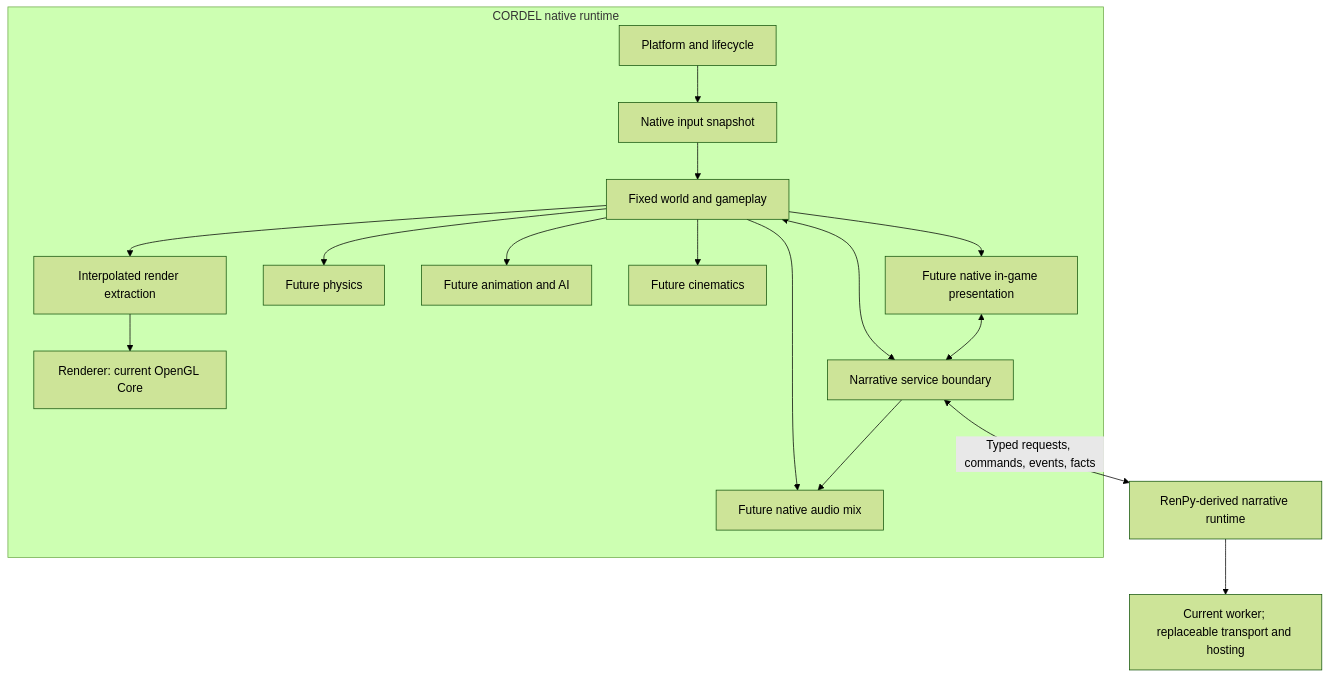
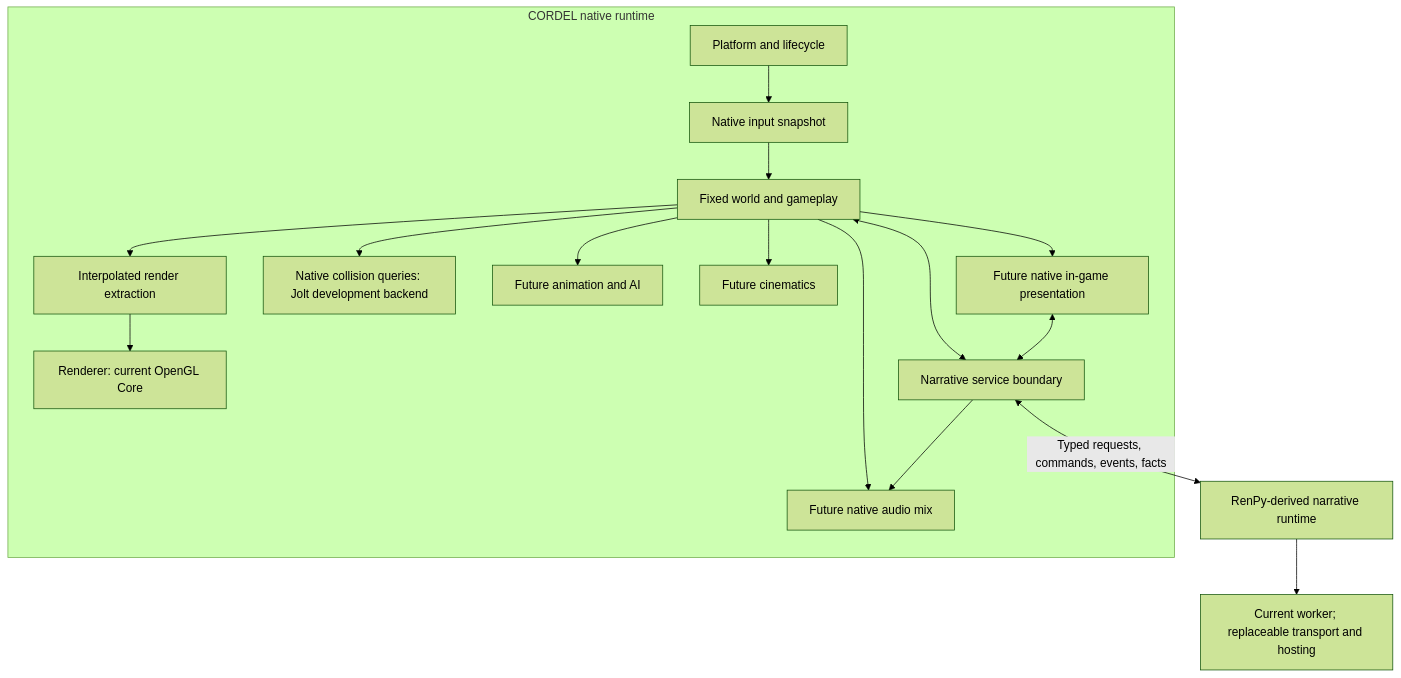
One commit to mylife-as-miles/cordel-engine changed the diagram in docs/cordel/ARCHITECTURE.md. Above: the diagram before and after it, drawn with Mermaid (forest theme). The commit also changed other lines of this file and 40 other files, not shown here.

Commit message:
docs(physics): record query evidence and select Jolt development backend

````diff
--- a/docs/cordel/ARCHITECTURE.md
+++ b/docs/cordel/ARCHITECTURE.md
@@ -45,19 +46,19 @@
 ```mermaid
 flowchart TD
     subgraph CORDEL[CORDEL native runtime]
         Platform[Platform and lifecycle] --> Input[Native input snapshot]
         Input --> World[Fixed world and gameplay]
         World --> Extraction[Interpolated render extraction]
         Extraction --> Renderer[Renderer: current OpenGL Core]
-        World --> Physics[Future physics]
+        World --> Physics[Native collision queries: Jolt development backend]
         World --> Animation[Future animation and AI]
         World --> Cinematics[Future cinematics]
         World --> Audio[Future native audio mix]
         World --> UI[Future native in-game presentation]
         World <--> Service[Narrative service boundary]
         UI <--> Service
         Service --> Audio
     end
     Service <-->|Typed requests, commands, events, facts| Narrative[RenPy-derived narrative runtime]
     Narrative --> Hosting[Current worker; replaceable transport and hosting]
 ```
````
